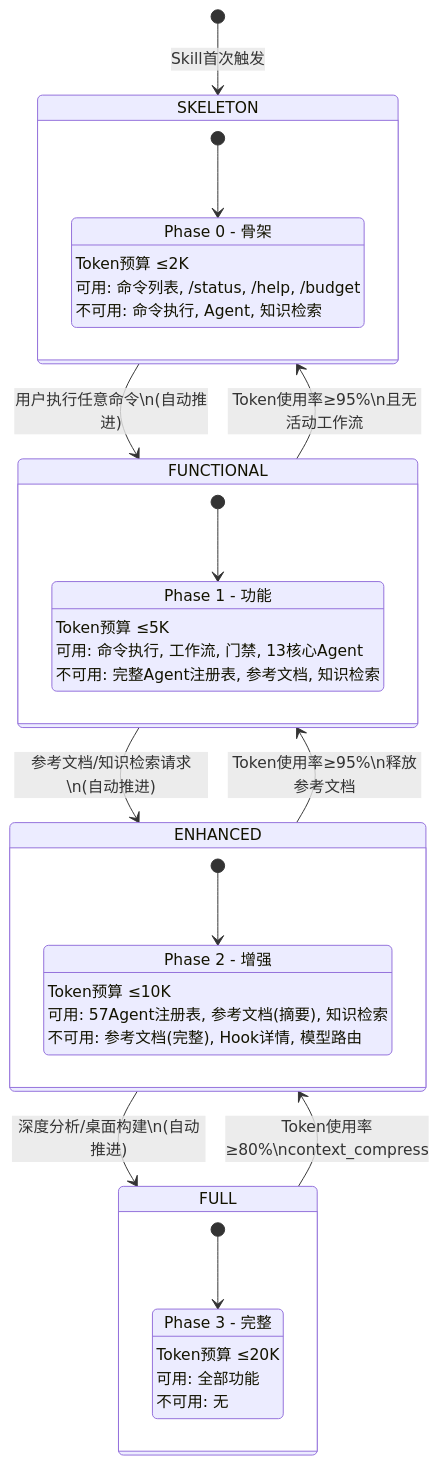
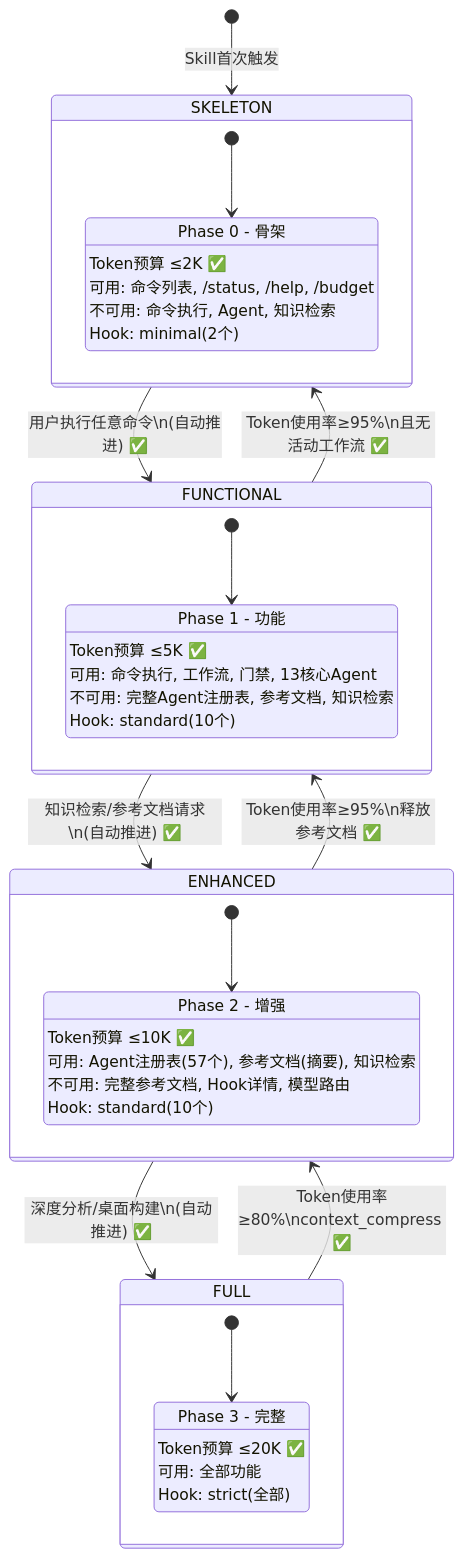
One commit to xuanyuanchumo/xuansto changed the third of 6 diagrams in docs/plan/REFACTOR_PLAN.md. Above: the diagram before and after it, drawn with Mermaid. The commit also changed other lines of this file and 138 other files, not shown here.

````diff
--- a/docs/plan/REFACTOR_PLAN.md
+++ b/docs/plan/REFACTOR_PLAN.md
@@ -495,44 +403,47 @@
 ```mermaid
 stateDiagram-v2
     [*] --> SKELETON: Skill首次触发
 
     state SKELETON {
         [*] --> P0_Loaded
         P0_Loaded: Phase 0 - 骨架
-        P0_Loaded: Token预算 ≤2K
+        P0_Loaded: Token预算 ≤2K ✅
         P0_Loaded: 可用: 命令列表, /status, /help, /budget
         P0_Loaded: 不可用: 命令执行, Agent, 知识检索
+        P0_Loaded: Hook: minimal(2个)
     }
 
     state FUNCTIONAL {
         [*] --> P1_Loaded
         P1_Loaded: Phase 1 - 功能
-        P1_Loaded: Token预算 ≤5K
+        P1_Loaded: Token预算 ≤5K ✅
         P1_Loaded: 可用: 命令执行, 工作流, 门禁, 13核心Agent
         P1_Loaded: 不可用: 完整Agent注册表, 参考文档, 知识检索
+        P1_Loaded: Hook: standard(10个)
     }
 
     state ENHANCED {
         [*] --> P2_Loaded
         P2_Loaded: Phase 2 - 增强
-        P2_Loaded: Token预算 ≤10K
-        P2_Loaded: 可用: 57Agent注册表, 参考文档(摘要), 知识检索
-        P2_Loaded: 不可用: 参考文档(完整), Hook详情, 模型路由
+        P2_Loaded: Token预算 ≤10K ✅
+        P2_Loaded: 可用: Agent注册表(57个), 参考文档(摘要), 知识检索
+        P2_Loaded: 不可用: 完整参考文档, Hook详情, 模型路由
+        P2_Loaded: Hook: standard(10个)
     }
 
     state FULL {
         [*] --> P3_Loaded
         P3_Loaded: Phase 3 - 完整
-        P3_Loaded: Token预算 ≤20K
+        P3_Loaded: Token预算 ≤20K ✅
         P3_Loaded: 可用: 全部功能
-        P3_Loaded: 不可用: 无
+        P3_Loaded: Hook: strict(全部)
     }
 
-    SKELETON --> FUNCTIONAL: 用户执行任意命令\n(自动推进)
-    FUNCTIONAL --> ENHANCED: 参考文档/知识检索请求\n(自动推进)
-    ENHANCED --> FULL: 深度分析/桌面构建\n(自动推进)
+    SKELETON --> FUNCTIONAL: 用户执行任意命令\n(自动推进) ✅
+    FUNCTIONAL --> ENHANCED: 知识检索/参考文档请求\n(自动推进) ✅
+    ENHANCED --> FULL: 深度分析/桌面构建\n(自动推进) ✅
 
-    FULL --> ENHANCED: Token使用率≥80%\ncontext_compress
-    ENHANCED --> FUNCTIONAL: Token使用率≥95%\n释放参考文档
-    FUNCTIONAL --> SKELETON: Token使用率≥95%\n且无活动工作流
+    FULL --> ENHANCED: Token使用率≥80%\ncontext_compress ✅
+    ENHANCED --> FUNCTIONAL: Token使用率≥95%\n释放参考文档 ✅
+    FUNCTIONAL --> SKELETON: Token使用率≥95%\n且无活动工作流 ✅
 ```
````
